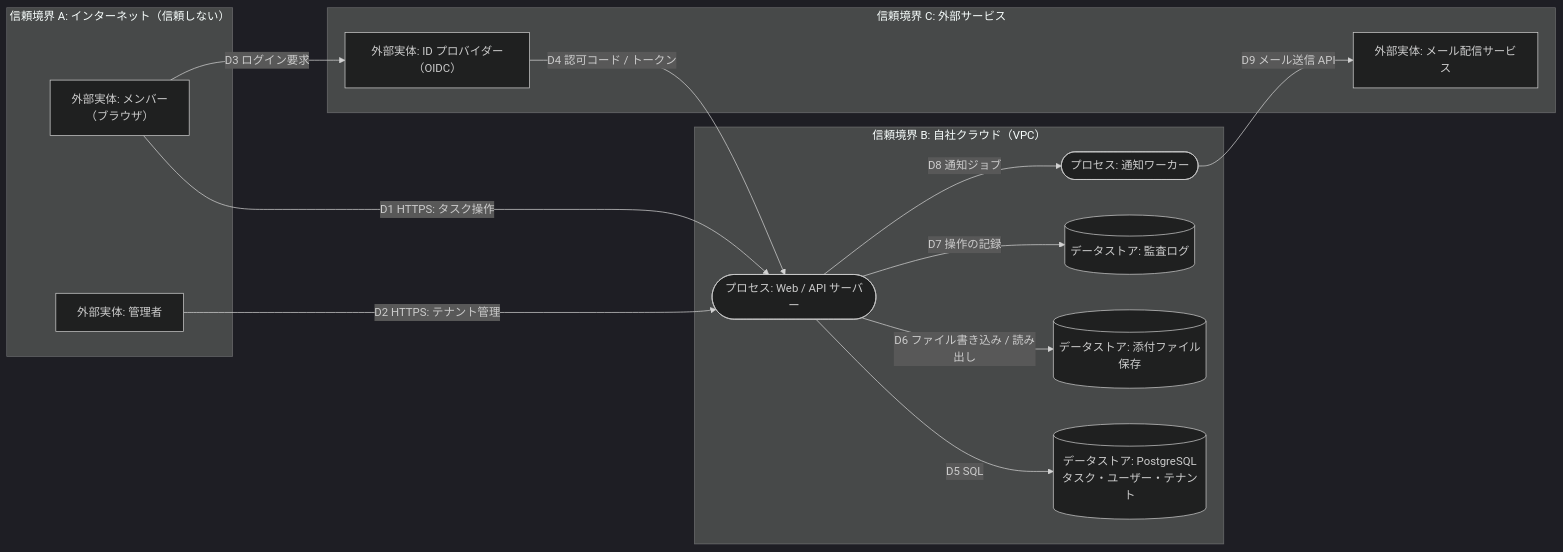
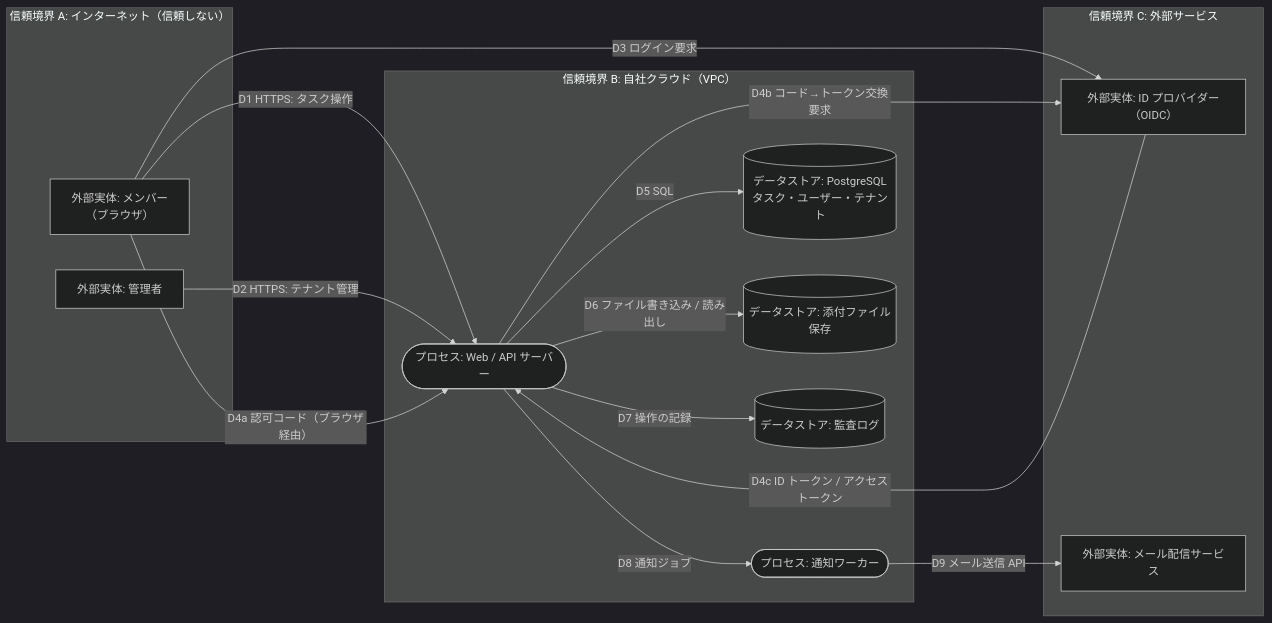
The second of 9 diagrams in Threat-modeling-guide.md (myoshi2891/Security_Studies), drawn with Mermaid (dark theme) before and after one commit. The commit also changed other lines of this file and 2 other files, not shown here.

Commit message:
docs: cover ephemeral containers in latest-tag policy, clarify quarantine isolation, split OIDC DFD flows with state check, classify TM-004 as T+E

````diff
--- a/Threat-modeling-guide.md
+++ b/Threat-modeling-guide.md
@@ -238,30 +238,32 @@
 ```mermaid
 flowchart LR
     subgraph TB1["信頼境界 A: インターネット（信頼しない）"]
         U["外部実体: メンバー<br/>（ブラウザ）"]
         AD["外部実体: 管理者"]
     end
 
     subgraph TB3["信頼境界 C: 外部サービス"]
         IDP["外部実体: ID プロバイダー（OIDC）"]
         MAIL["外部実体: メール配信サービス"]
     end
 
     subgraph TB2["信頼境界 B: 自社クラウド（VPC）"]
         API(["プロセス: Web / API サーバー"])
         WK(["プロセス: 通知ワーカー"])
         DB[("データストア: PostgreSQL<br/>タスク・ユーザー・テナント")]
         OBJ[("データストア: 添付ファイル保存")]
         LOG[("データストア: 監査ログ")]
     end
 
     U -->|"D1 HTTPS: タスク操作"| API
     AD -->|"D2 HTTPS: テナント管理"| API
     U -->|"D3 ログイン要求"| IDP
-    IDP -->|"D4 認可コード / トークン"| API
+    U -->|"D4a 認可コード（ブラウザ経由）"| API
+    API -->|"D4b コード→トークン交換要求"| IDP
+    IDP -->|"D4c ID トークン / アクセストークン"| API
     API -->|"D5 SQL"| DB
     API -->|"D6 ファイル書き込み / 読み出し"| OBJ
     API -->|"D7 操作の記録"| LOG
     API -->|"D8 通知ジョブ"| WK
     WK -->|"D9 メール送信 API"| MAIL
 ```
````
